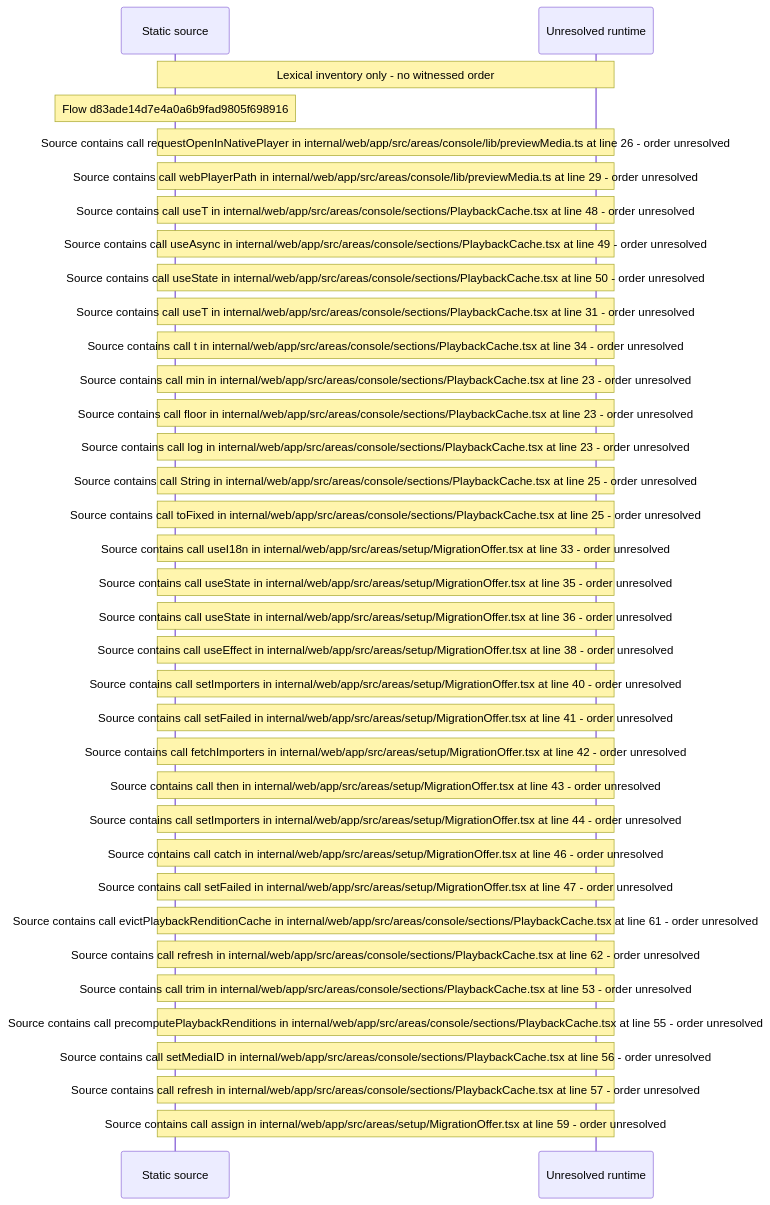
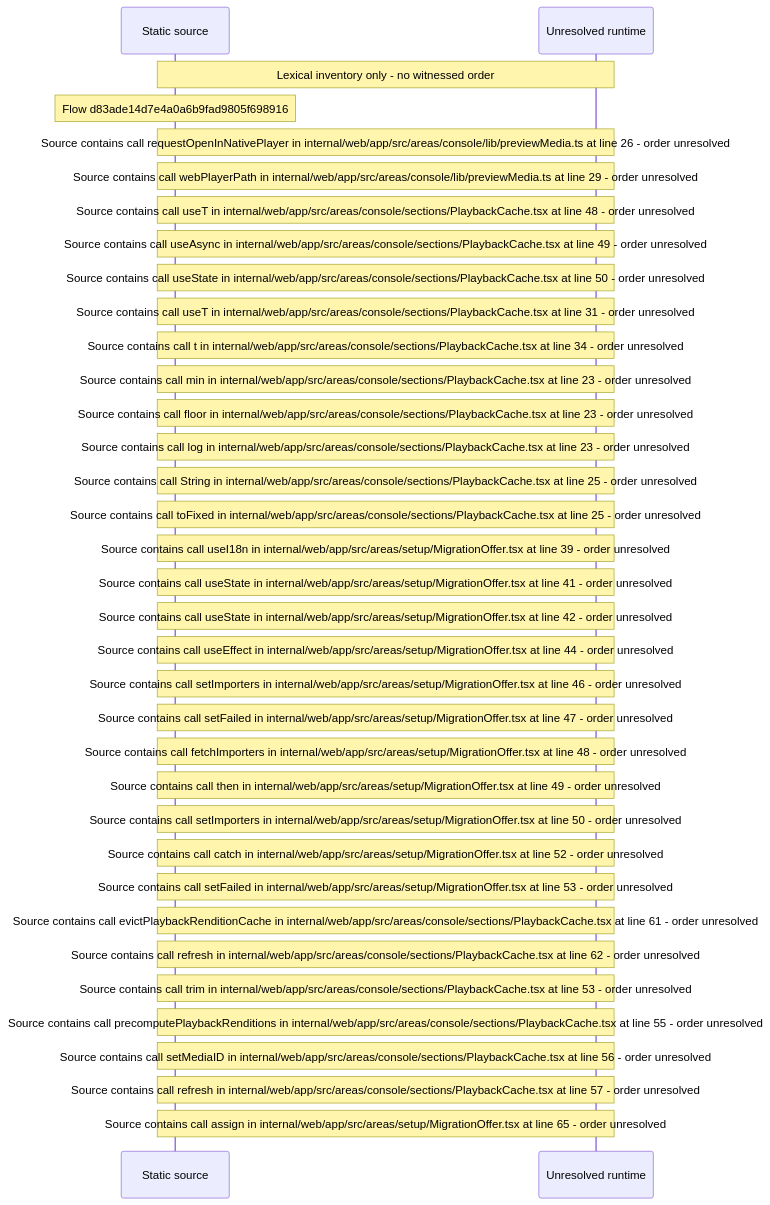
Before and after one commit to beamfall/core: the diagram in docs/web/flows/generated/d83ade14d7e4a0a6b9fad9805f698916/flow-diagram.md, drawn with Mermaid. The commit also changed other lines of this file and 715 other files, not shown here.

First line of the commit message:
Regenerate the web flow record on main after CORE-1117

````diff
--- a/docs/web/flows/generated/d83ade14d7e4a0a6b9fad9805f698916/flow-diagram.md
+++ b/docs/web/flows/generated/d83ade14d7e4a0a6b9fad9805f698916/flow-diagram.md
@@ -10,37 +10,37 @@
 ```mermaid
 sequenceDiagram
     participant S as Static source
     participant U as Unresolved runtime
     Note over S,U: Lexical inventory only - no witnessed order
     Note over S: Flow d83ade14d7e4a0a6b9fad9805f698916
     Note over S,U: Source contains call requestOpenInNativePlayer in internal/web/app/src/areas/console/lib/previewMedia.ts at line 26 - order unresolved
     Note over S,U: Source contains call webPlayerPath in internal/web/app/src/areas/console/lib/previewMedia.ts at line 29 - order unresolved
     Note over S,U: Source contains call useT in internal/web/app/src/areas/console/sections/PlaybackCache.tsx at line 48 - order unresolved
     Note over S,U: Source contains call useAsync in internal/web/app/src/areas/console/sections/PlaybackCache.tsx at line 49 - order unresolved
     Note over S,U: Source contains call useState in internal/web/app/src/areas/console/sections/PlaybackCache.tsx at line 50 - order unresolved
     Note over S,U: Source contains call useT in internal/web/app/src/areas/console/sections/PlaybackCache.tsx at line 31 - order unresolved
     Note over S,U: Source contains call t in internal/web/app/src/areas/console/sections/PlaybackCache.tsx at line 34 - order unresolved
     Note over S,U: Source contains call min in internal/web/app/src/areas/console/sections/PlaybackCache.tsx at line 23 - order unresolved
     Note over S,U: Source contains call floor in internal/web/app/src/areas/console/sections/PlaybackCache.tsx at line 23 - order unresolved
     Note over S,U: Source contains call log in internal/web/app/src/areas/console/sections/PlaybackCache.tsx at line 23 - order unresolved
     Note over S,U: Source contains call String in internal/web/app/src/areas/console/sections/PlaybackCache.tsx at line 25 - order unresolved
     Note over S,U: Source contains call toFixed in internal/web/app/src/areas/console/sections/PlaybackCache.tsx at line 25 - order unresolved
-    Note over S,U: Source contains call useI18n in internal/web/app/src/areas/setup/MigrationOffer.tsx at line 33 - order unresolved
-    Note over S,U: Source contains call useState in internal/web/app/src/areas/setup/MigrationOffer.tsx at line 35 - order unresolved
-    Note over S,U: Source contains call useState in internal/web/app/src/areas/setup/MigrationOffer.tsx at line 36 - order unresolved
-    Note over S,U: Source contains call useEffect in internal/web/app/src/areas/setup/MigrationOffer.tsx at line 38 - order unresolved
-    Note over S,U: Source contains call setImporters in internal/web/app/src/areas/setup/MigrationOffer.tsx at line 40 - order unresolved
-    Note over S,U: Source contains call setFailed in internal/web/app/src/areas/setup/MigrationOffer.tsx at line 41 - order unresolved
-    Note over S,U: Source contains call fetchImporters in internal/web/app/src/areas/setup/MigrationOffer.tsx at line 42 - order unresolved
-    Note over S,U: Source contains call then in internal/web/app/src/areas/setup/MigrationOffer.tsx at line 43 - order unresolved
-    Note over S,U: Source contains call setImporters in internal/web/app/src/areas/setup/MigrationOffer.tsx at line 44 - order unresolved
-    Note over S,U: Source contains call catch in internal/web/app/src/areas/setup/MigrationOffer.tsx at line 46 - order unresolved
+    Note over S,U: Source contains call useI18n in internal/web/app/src/areas/setup/MigrationOffer.tsx at line 39 - order unresolved
+    Note over S,U: Source contains call useState in internal/web/app/src/areas/setup/MigrationOffer.tsx at line 41 - order unresolved
+    Note over S,U: Source contains call useState in internal/web/app/src/areas/setup/MigrationOffer.tsx at line 42 - order unresolved
+    Note over S,U: Source contains call useEffect in internal/web/app/src/areas/setup/MigrationOffer.tsx at line 44 - order unresolved
+    Note over S,U: Source contains call setImporters in internal/web/app/src/areas/setup/MigrationOffer.tsx at line 46 - order unresolved
     Note over S,U: Source contains call setFailed in internal/web/app/src/areas/setup/MigrationOffer.tsx at line 47 - order unresolved
+    Note over S,U: Source contains call fetchImporters in internal/web/app/src/areas/setup/MigrationOffer.tsx at line 48 - order unresolved
+    Note over S,U: Source contains call then in internal/web/app/src/areas/setup/MigrationOffer.tsx at line 49 - order unresolved
+    Note over S,U: Source contains call setImporters in internal/web/app/src/areas/setup/MigrationOffer.tsx at line 50 - order unresolved
+    Note over S,U: Source contains call catch in internal/web/app/src/areas/setup/MigrationOffer.tsx at line 52 - order unresolved
+    Note over S,U: Source contains call setFailed in internal/web/app/src/areas/setup/MigrationOffer.tsx at line 53 - order unresolved
     Note over S,U: Source contains call evictPlaybackRenditionCache in internal/web/app/src/areas/console/sections/PlaybackCache.tsx at line 61 - order unresolved
     Note over S,U: Source contains call refresh in internal/web/app/src/areas/console/sections/PlaybackCache.tsx at line 62 - order unresolved
     Note over S,U: Source contains call trim in internal/web/app/src/areas/console/sections/PlaybackCache.tsx at line 53 - order unresolved
     Note over S,U: Source contains call precomputePlaybackRenditions in internal/web/app/src/areas/console/sections/PlaybackCache.tsx at line 55 - order unresolved
     Note over S,U: Source contains call setMediaID in internal/web/app/src/areas/console/sections/PlaybackCache.tsx at line 56 - order unresolved
     Note over S,U: Source contains call refresh in internal/web/app/src/areas/console/sections/PlaybackCache.tsx at line 57 - order unresolved
-    Note over S,U: Source contains call assign in internal/web/app/src/areas/setup/MigrationOffer.tsx at line 59 - order unresolved
+    Note over S,U: Source contains call assign in internal/web/app/src/areas/setup/MigrationOffer.tsx at line 65 - order unresolved
 ```
````
